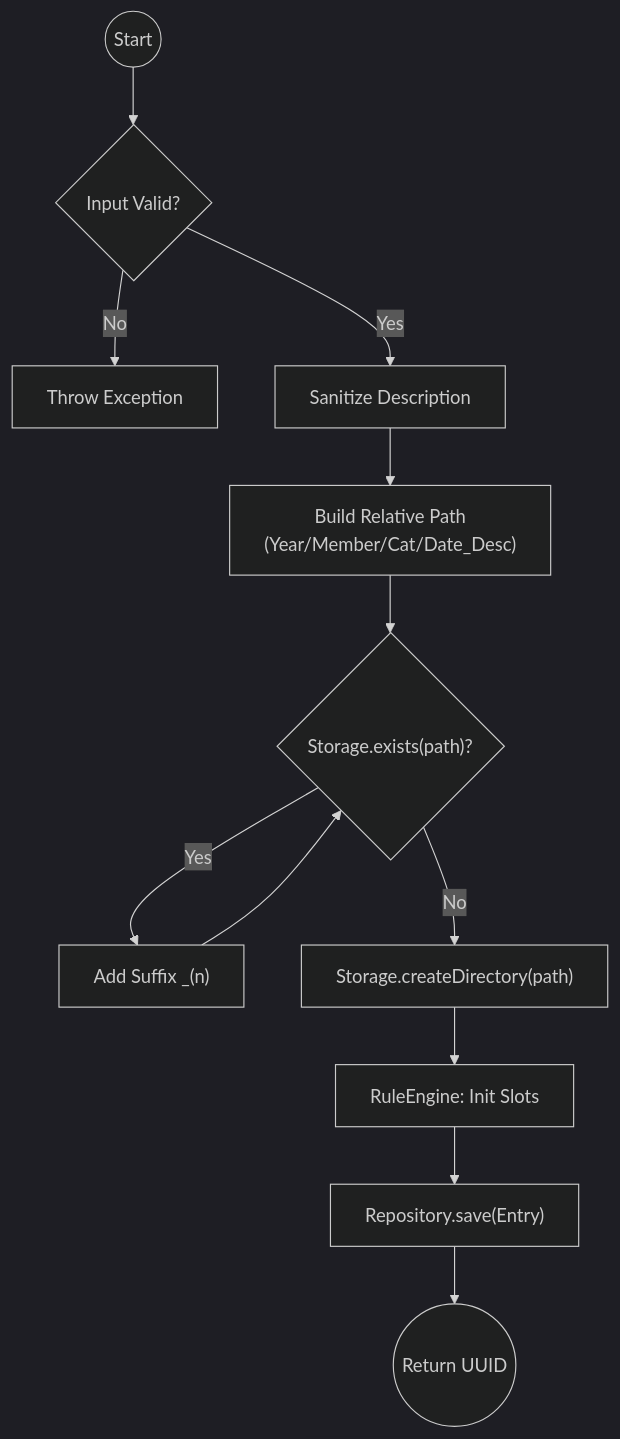
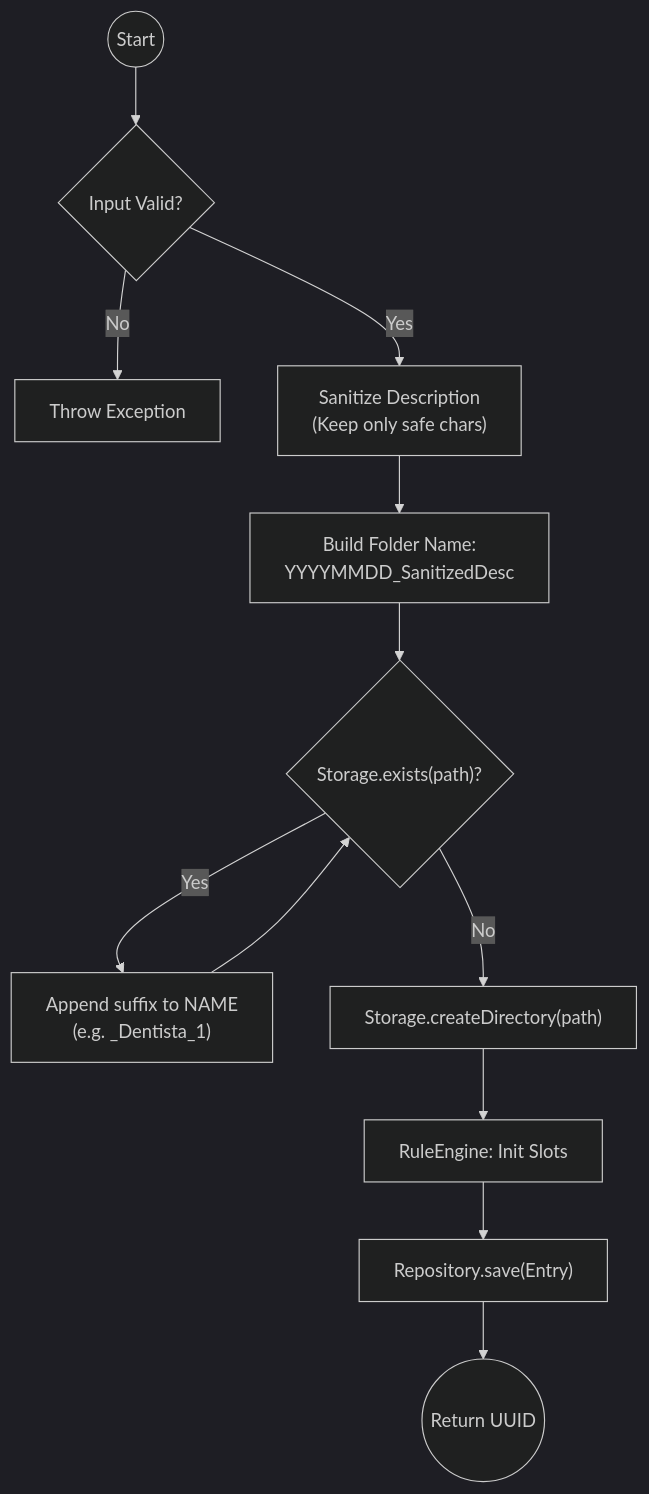
The diagram in TaxReport/src/main/java/ActivityDiagram.mmd (simopugliese/TaxReport), drawn with Mermaid (dark theme) before and after one commit. The commit also changed 3 other files, not shown here.

```diff
--- a/TaxReport/src/main/java/ActivityDiagram.mmd
+++ b/TaxReport/src/main/java/ActivityDiagram.mmd
@@ -1,19 +1,19 @@
 flowchart TD
     Start((Start)) --> Validate{Input Valid?}
 
     Validate -- No --> Error[Throw Exception]
-    Validate -- Yes --> Sanitize["Sanitize Description"]
+    Validate -- Yes --> Sanitize["Sanitize Description<br/>(Keep only safe chars)"]
 
-    Sanitize --> PathGen["Build Relative Path<br/>(Year/Member/Cat/Date_Desc)"]
+    Sanitize --> PathGen["Build Folder Name:<br/>YYYYMMDD_SanitizedDesc"]
 
     PathGen --> CheckExists{"Storage.exists(path)?"}
 
-    CheckExists -- Yes --> Suffix["Add Suffix _(n)"]
+    CheckExists -- Yes --> Suffix["Append suffix to NAME<br/>(e.g. _Dentista_1)"]
     Suffix --> CheckExists
 
     CheckExists -- No --> CreateDir["Storage.createDirectory(path)"]
 
     CreateDir --> InitSlots["RuleEngine: Init Slots"]
     InitSlots --> SaveMeta["Repository.save(Entry)"]
 
     SaveMeta --> End((Return UUID))
```
